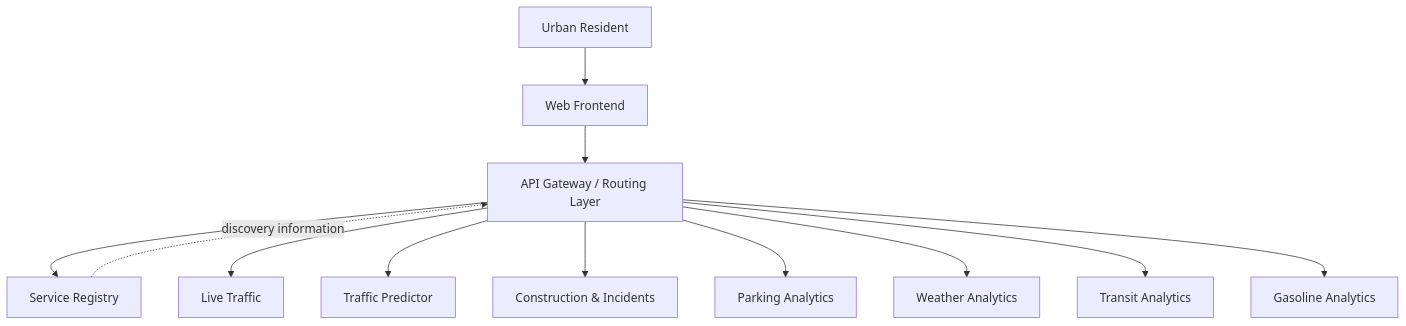
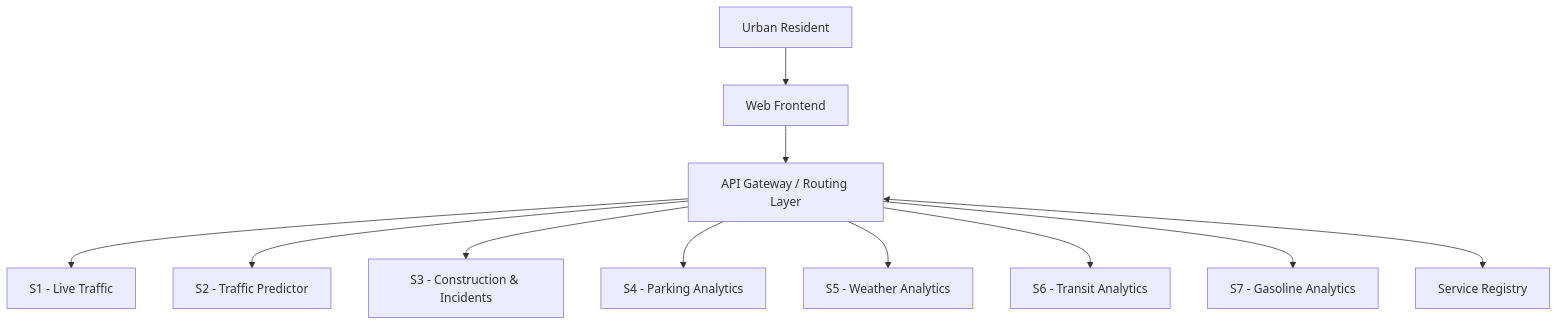
The diagram in README.md (MatthewSaccone/Smart-City-Project), drawn with Mermaid before and after one commit. The commit also changed other lines of this file and 21 other files, not shown here.

Commit message:
Complete T028-T038: Implement S3 construction and incidents service

````diff
--- a/README.md
+++ b/README.md
@@ -38,14 +38,13 @@
 ```mermaid
 flowchart TD
     U[Urban Resident] --> UI[Web Frontend]
     UI --> GW[API Gateway / Routing Layer]
-    GW --> REG[Service Registry]
-    GW --> S1[Live Traffic]
-    GW --> S2[Traffic Predictor]
-    GW --> S3[Construction & Incidents]
-    GW --> S4[Parking Analytics]
-    GW --> S5[Weather Analytics]
-    GW --> S6[Transit Analytics]
-    GW --> S7[Gasoline Analytics]
-    REG -. discovery information .-> GW
+    GW --> S1[ S1 - Live Traffic ]
+    GW --> S2[ S2 - Traffic Predictor ]
+    GW --> S3[ S3 - Construction & Incidents ]
+    GW --> S4[ S4 - Parking Analytics ]
+    GW --> S5[ S5 - Weather Analytics ]
+    GW --> S6[ S6 - Transit Analytics ]
+    GW --> S7[ S7 - Gasoline Analytics]
+    GW <--> REG[Service Registry]
 ```
````
